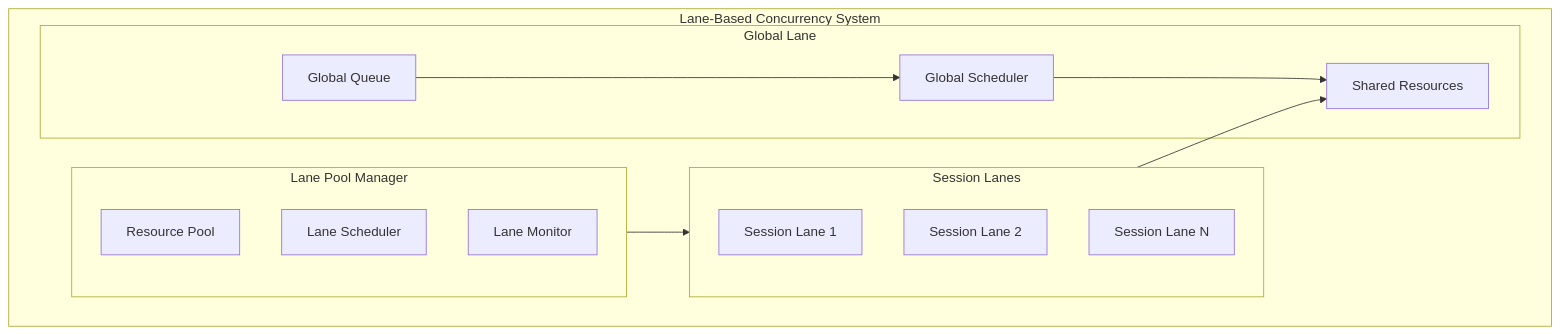
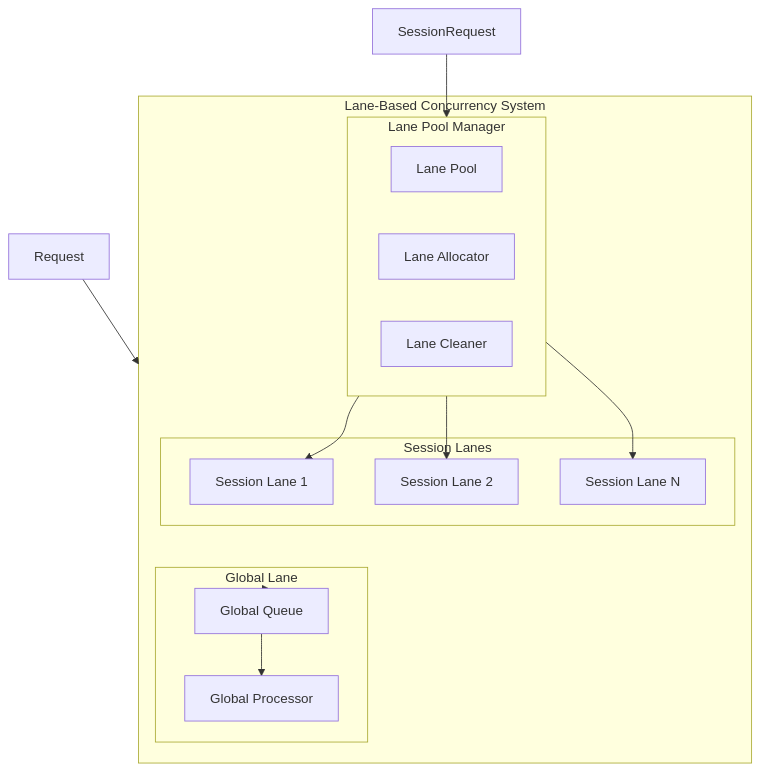
One commit to msellamiTN/openclaw changed the ninth of 26 diagrams in REFERENCE_ARCHITECTURE_TEMPLATE.md. Above: the diagram before and after it, drawn with Mermaid. The commit also changed other lines of this file, not shown here.

````diff
--- a/REFERENCE_ARCHITECTURE_TEMPLATE.md
+++ b/REFERENCE_ARCHITECTURE_TEMPLATE.md
@@ -1790,27 +2861,30 @@
 ```mermaid
-flowchart TB
+flowchart TD
     subgraph LaneSystem["Lane-Based Concurrency System"]
         subgraph GlobalLane["Global Lane"]
             GL_Queue[Global Queue]
-            GL_Scheduler[Global Scheduler]
-            GL_Resources[Shared Resources]
+            GL_Processor[Global Processor]
         end
         
         subgraph SessionLanes["Session Lanes"]
             SL1[Session Lane 1]
             SL2[Session Lane 2]
-            SLN[Session Lane N]
+            SL3[Session Lane N]
         end
         
         subgraph LanePool["Lane Pool Manager"]
-            Pool[Resource Pool]
-            Scheduler[Lane Scheduler]
-            Monitor[Lane Monitor]
+            Pool[Lane Pool]
+            Allocator[Lane Allocator]
+            Cleaner[Lane Cleaner]
         end
     end
     
-    GL_Queue --> GL_Scheduler
-    GL_Scheduler --> GL_Resources
-    LanePool --> SessionLanes
-    SessionLanes --> GL_Resources
+    Request --> LaneSystem
+    LaneSystem --> GL_Queue
+    GL_Queue --> GL_Processor
+    
+    SessionRequest --> LanePool
+    LanePool --> SL1
+    LanePool --> SL2
+    LanePool --> SL3
 ```
````
